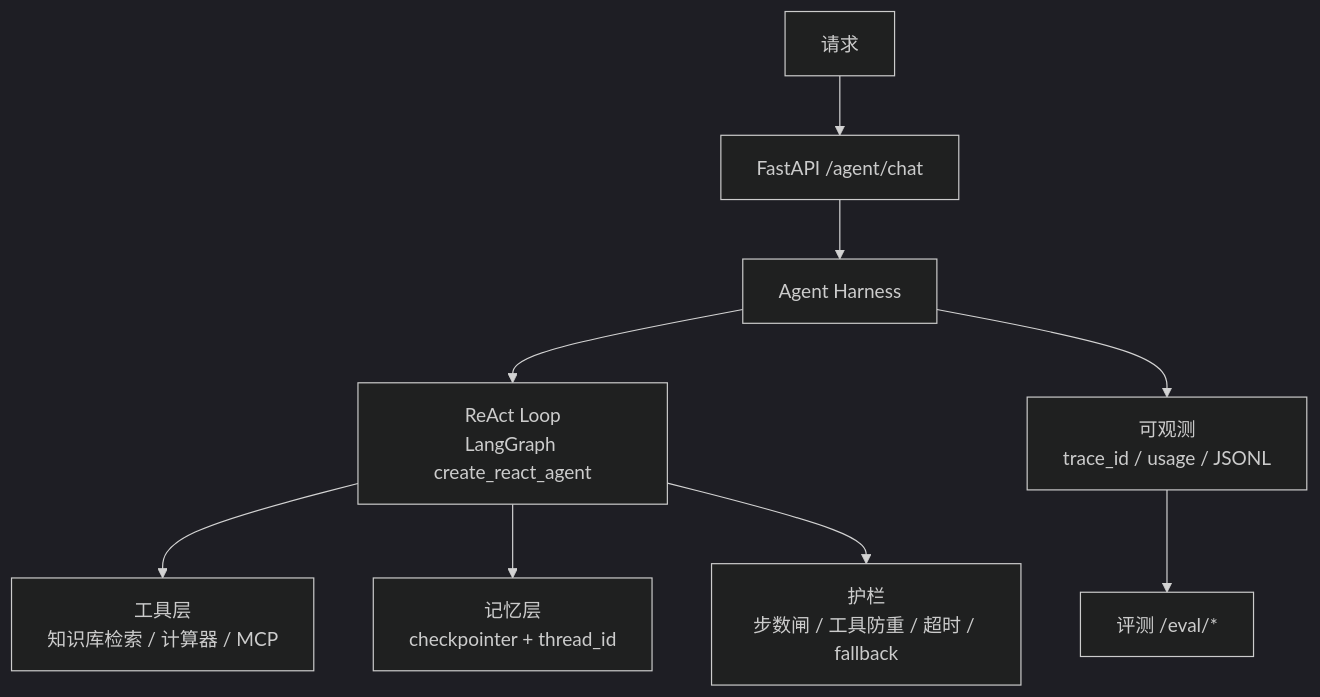
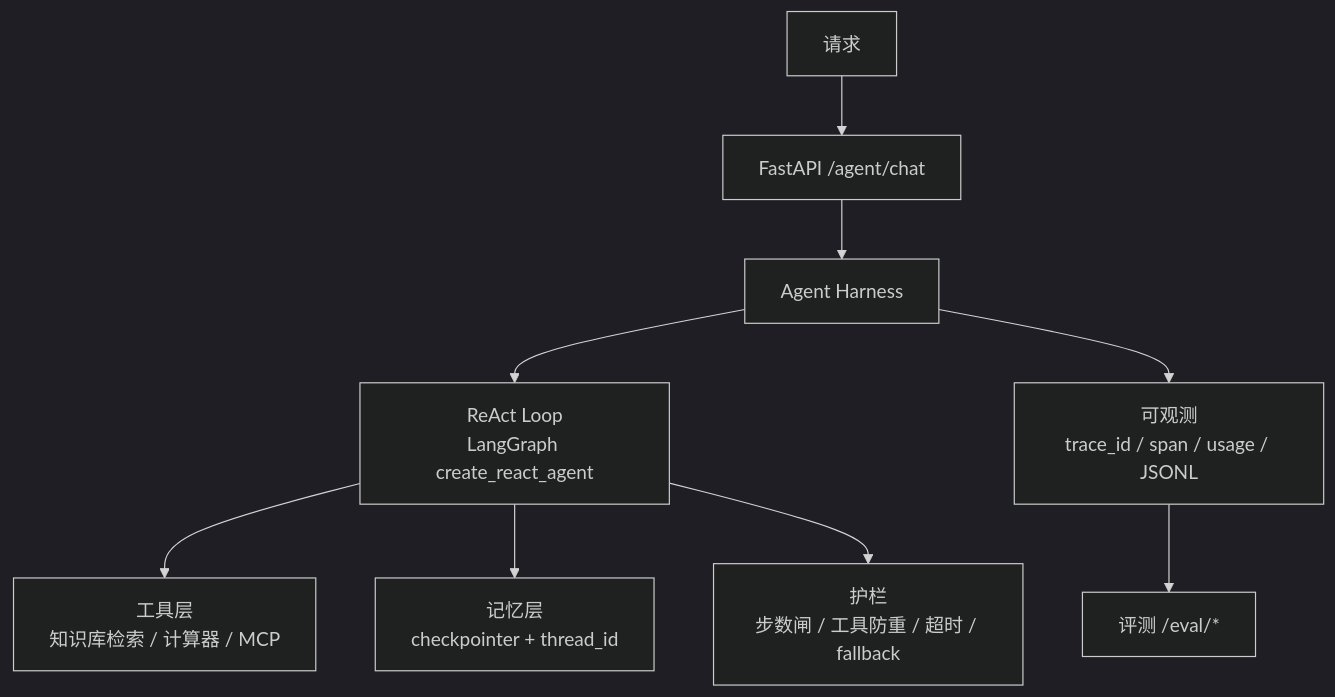
Before and after one commit to yyzz520/rag-agent-service-center: the diagram in docs/harness.md, drawn with Mermaid (dark theme). The commit also changed other lines of this file and 9 other files, not shown here.

First line of the commit message:
feat: 增加逐阶段 trace span

````diff
--- a/docs/harness.md
+++ b/docs/harness.md
@@ -8,11 +8,11 @@
 ```mermaid
 flowchart TD
   U[请求] --> API[FastAPI /agent/chat]
   API --> H[Agent Harness]
   H --> L[ReAct Loop<br/>LangGraph create_react_agent]
   L --> T[工具层<br/>知识库检索 / 计算器 / MCP]
   L --> M[记忆层<br/>checkpointer + thread_id]
   L --> G[护栏<br/>步数闸 / 工具防重 / 超时 / fallback]
-  H --> O[可观测<br/>trace_id / usage / JSONL]
+  H --> O[可观测<br/>trace_id / span / usage / JSONL]
   O --> E[评测 /eval/*]
 ```
````
